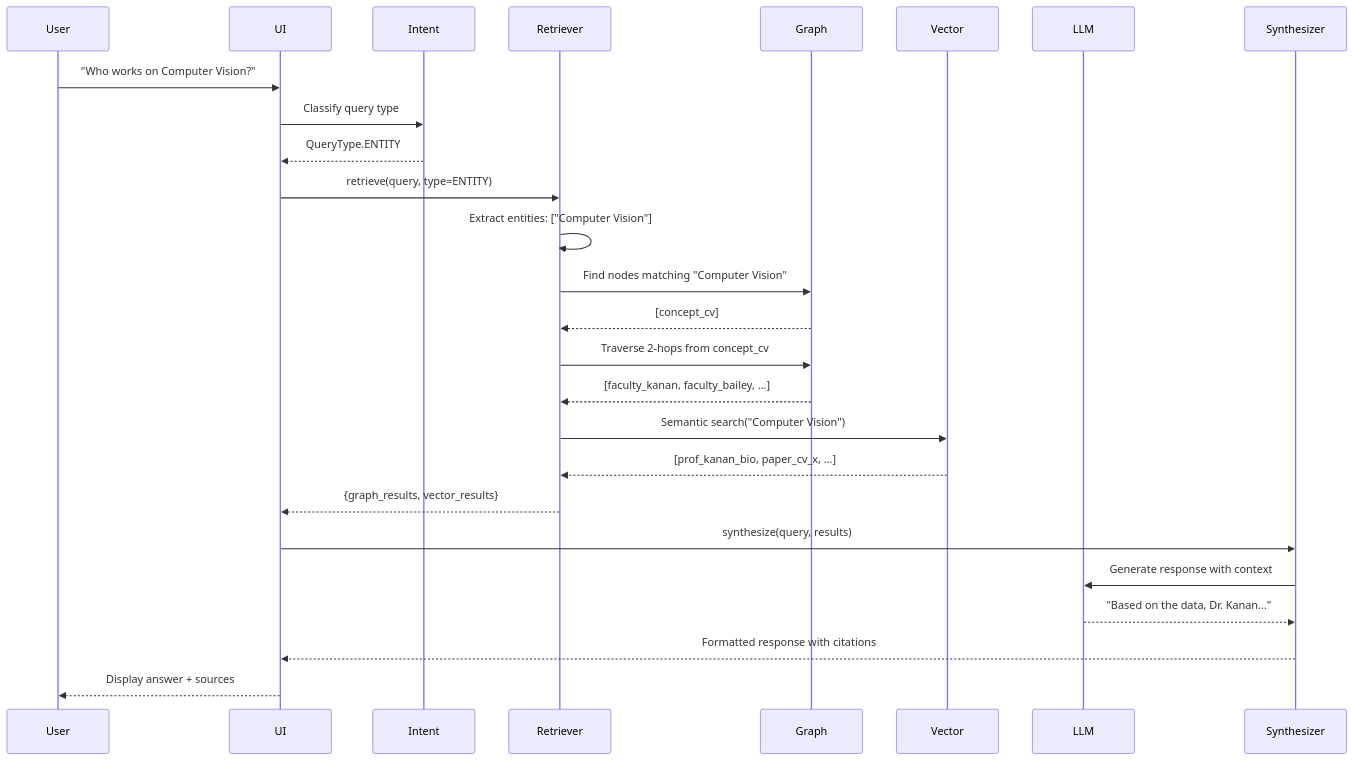
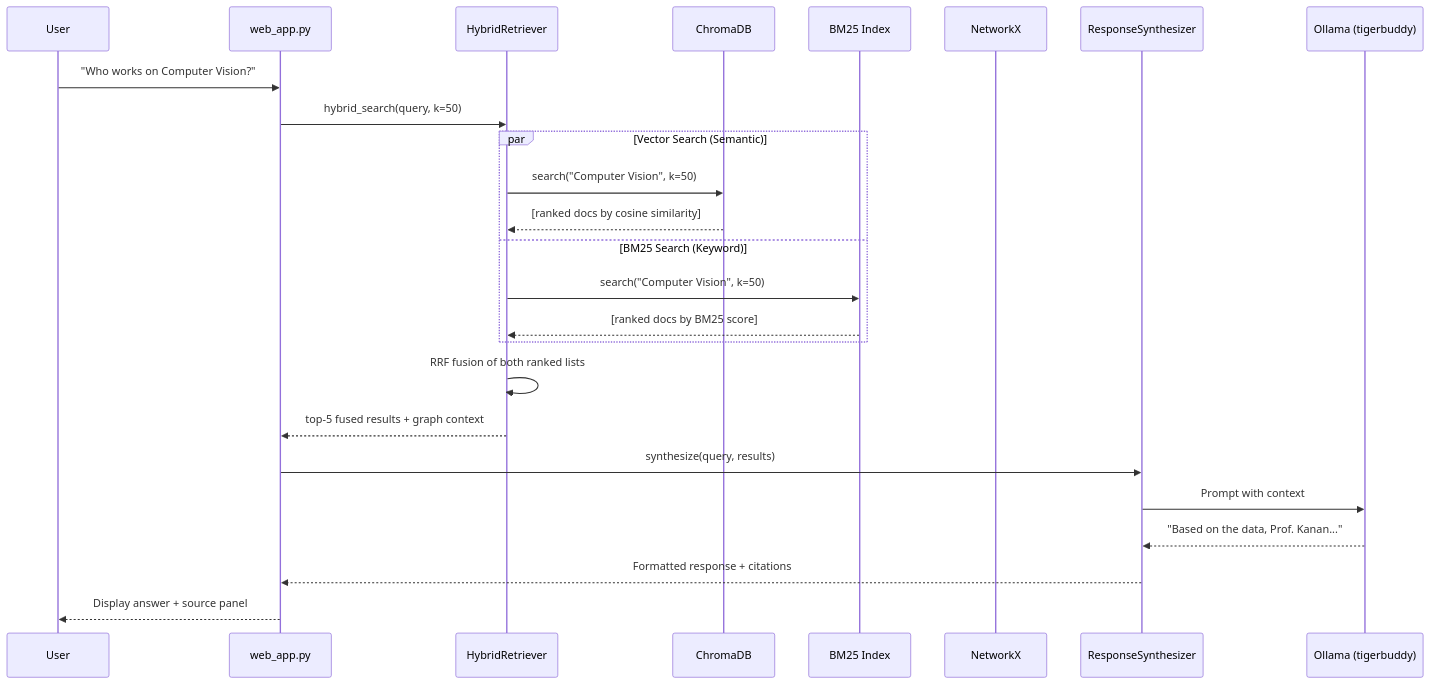
One commit to anurag2796/tiger_research_buddy changed the second of 3 diagrams in docs/wiki/01_architecture.md. Above: the diagram before and after it, drawn with Mermaid. The commit also changed other lines of this file and 7 other files, not shown here.

````diff
--- a/docs/wiki/01_architecture.md
+++ b/docs/wiki/01_architecture.md
@@ -321,36 +265,31 @@
 ```mermaid
 sequenceDiagram
     participant User
-    participant UI
-    participant Intent
-    participant Retriever
-    participant Graph
-    participant Vector
-    participant LLM
-    participant Synthesizer
+    participant UI as web_app.py
+    participant Retriever as HybridRetriever
+    participant Vector as ChromaDB
+    participant BM25 as BM25 Index
+    participant Graph as NetworkX
+    participant Synthesizer as ResponseSynthesizer
+    participant LLM as Ollama (tigerbuddy)
 
     User->>UI: "Who works on Computer Vision?"
-    UI->>Intent: Classify query type
-    Intent-->>UI: QueryType.ENTITY
-    
-    UI->>Retriever: retrieve(query, type=ENTITY)
-    
-    Retriever->>Retriever: Extract entities: ["Computer Vision"]
-    Retriever->>Graph: Find nodes matching "Computer Vision"
-    Graph-->>Retriever: [concept_cv]
-    
-    Retriever->>Graph: Traverse 2-hops from concept_cv
-    Graph-->>Retriever: [faculty_kanan, faculty_bailey, ...]
-    
-    Retriever->>Vector: Semantic search("Computer Vision")
-    Vector-->>Retriever: [prof_kanan_bio, paper_cv_x, ...]
-    
-    Retriever-->>UI: {graph_results, vector_results}
-    
+    UI->>Retriever: hybrid_search(query, k=50)
+
+    par Vector Search (Semantic)
+        Retriever->>Vector: search("Computer Vision", k=50)
+        Vector-->>Retriever: [ranked docs by cosine similarity]
+    and BM25 Search (Keyword)
+        Retriever->>BM25: search("Computer Vision", k=50)
+        BM25-->>Retriever: [ranked docs by BM25 score]
+    end
+
+    Retriever->>Retriever: RRF fusion of both ranked lists
+    Retriever-->>UI: top-5 fused results + graph context
+
     UI->>Synthesizer: synthesize(query, results)
-    Synthesizer->>LLM: Generate response with context
-    LLM-->>Synthesizer: "Based on the data, Dr. Kanan..."
-    Synthesizer-->>UI: Formatted response with citations
-    
-    UI-->>User: Display answer + sources
+    Synthesizer->>LLM: Prompt with context
+    LLM-->>Synthesizer: "Based on the data, Prof. Kanan..."
+    Synthesizer-->>UI: Formatted response + citations
+    UI-->>User: Display answer + source panel
 ```
````
